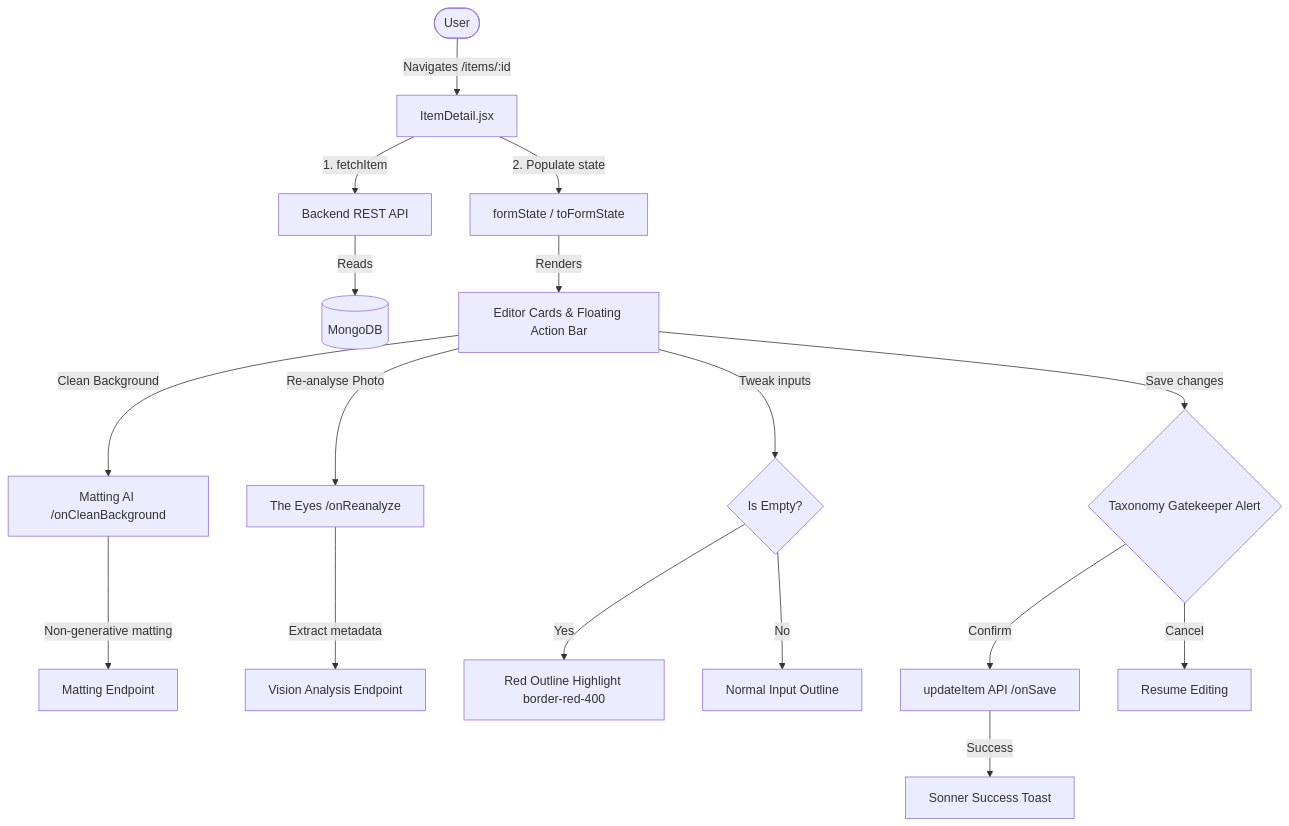
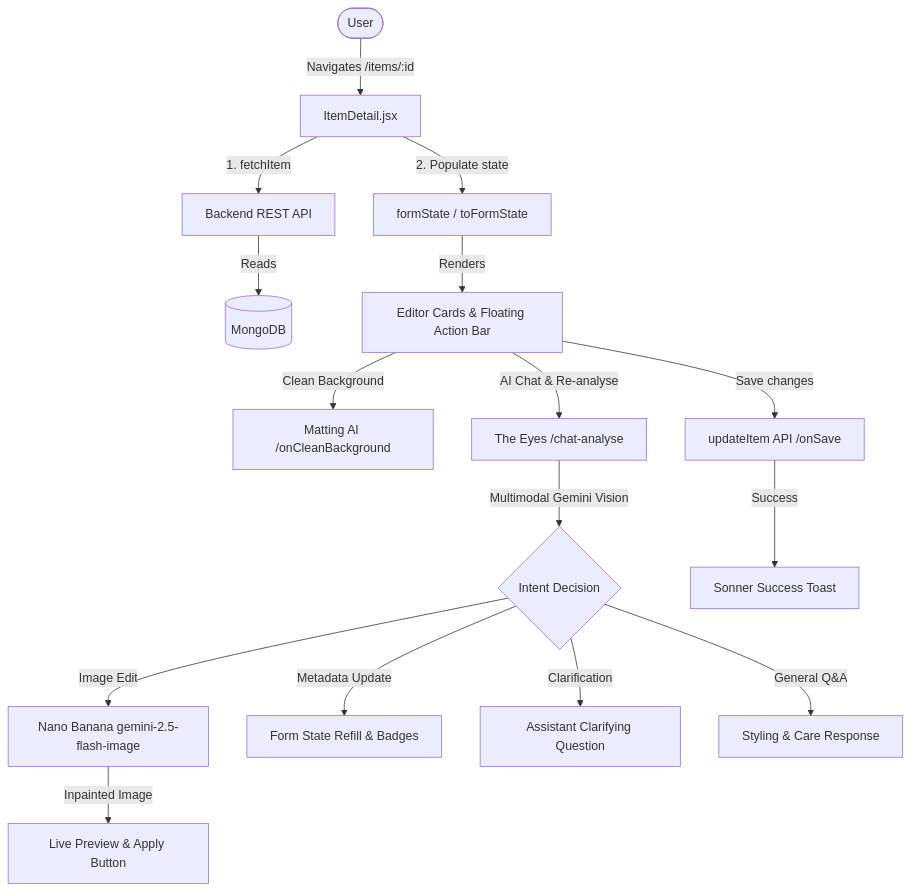
One commit to Yoram-Jacobs/DressAppV1 changed the diagram in frontend/public/wiki/es/item_details.md. Above: the diagram before and after it, drawn with Mermaid. The commit also changed other lines of this file and 27 other files, not shown here.

Commit message:
docs: narrate and translate Re-Analyse AI chat and Nano Banana editing across user manuals and 13 wiki languages

````diff
--- a/frontend/public/wiki/es/item_details.md
+++ b/frontend/public/wiki/es/item_details.md
@@ -14,26 +14,22 @@
 ```mermaid
 graph TD
     User([User]) -->|Navigates /items/:id| Page[ItemDetail.jsx]
     Page -->|1. fetchItem| API[Backend REST API]
     API -->|Reads| DB[(MongoDB)]
     
     Page -->|2. Populate state| FormState[formState / toFormState]
     FormState -->|Renders| Cards[Editor Cards & Floating Action Bar]
     
-    %% AI actions
     Cards -->|Clean Background| Matting[Matting AI /onCleanBackground]
-    Matting -->|Non-generative matting| MattingAPI[Matting Endpoint]
+    Cards -->|AI Chat & Re-analyse| EyesAgent[The Eyes /chat-analyse]
+    EyesAgent -->|Multimodal Gemini Vision| DecisionEngine{Intent Decision}
     
-    Cards -->|Re-analyse Photo| VisionEngine[The Eyes /onReanalyze]
-    VisionEngine -->|Extract metadata| VisionAPI[Vision Analysis Endpoint]
+    DecisionEngine -->|Image Edit| NanoBanana[Nano Banana gemini-2.5-flash-image]
+    NanoBanana -->|Inpainted Image| ImagePreview[Live Preview & Apply Button]
+    DecisionEngine -->|Metadata Update| AttributeRefill[Form State Refill & Badges]
+    DecisionEngine -->|Clarification| ChatBubble[Assistant Clarifying Question]
+    DecisionEngine -->|General Q&A| StylingAdvice[Styling & Care Response]
     
-    %% Data manipulation & Saving
-    Cards -->|Tweak inputs| EmptyValidation{Is Empty?}
-    EmptyValidation -->|Yes| RedFrame[Red Outline Highlight border-red-400]
-    EmptyValidation -->|No| NormalFrame[Normal Input Outline]
-    
-    Cards -->|Save changes| Gatekeeper{Taxonomy Gatekeeper Alert}
-    Gatekeeper -->|Confirm| SaveAPI[updateItem API /onSave]
-    Gatekeeper -->|Cancel| EditContinue[Resume Editing]
+    Cards -->|Save changes| SaveAPI[updateItem API /onSave]
     SaveAPI -->|Success| Toast[Sonner Success Toast]
 ```
````
